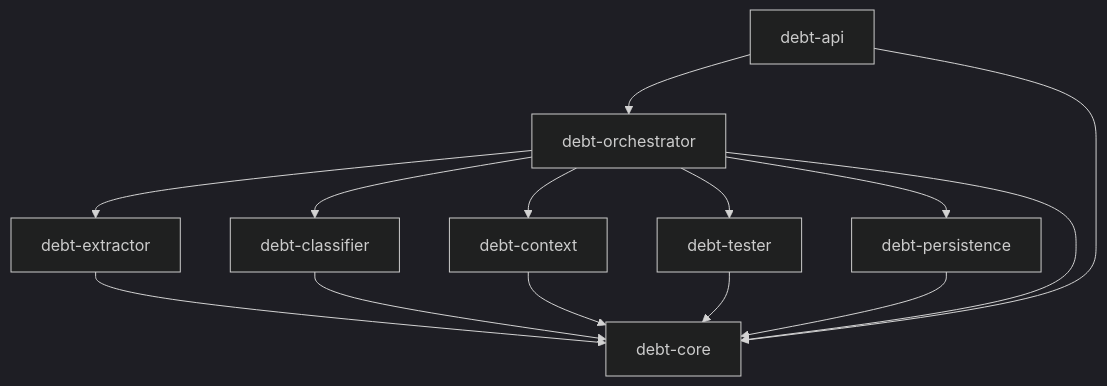
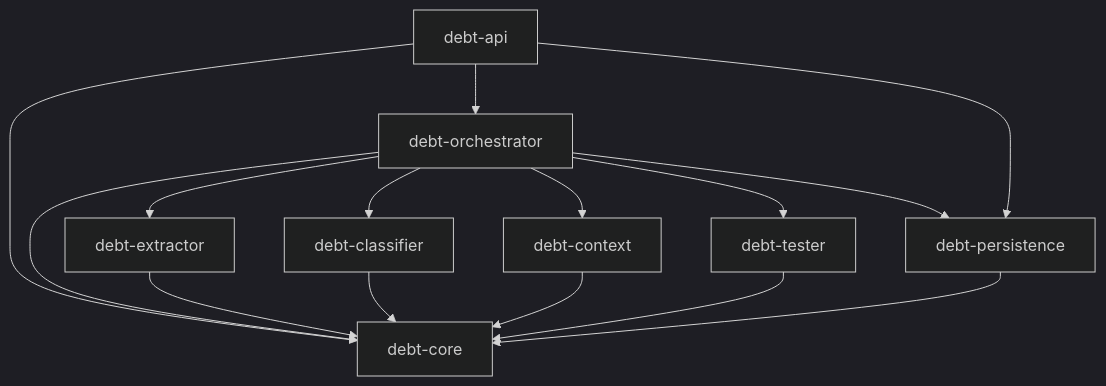
One commit to JonasFortes12/debt2test changed the diagram in README.md. Above: the diagram before and after it, drawn with Mermaid (dark theme). The commit also changed other lines of this file and 76 other files, not shown here.

````diff
--- a/README.md
+++ b/README.md
@@ -18,25 +18,26 @@
 ```mermaid
 graph TD
     CORE[debt-core]
     EXTRACTOR[debt-extractor]
     CLASSIFIER[debt-classifier]
     CONTEXT[debt-context]
     TESTER[debt-tester]
     PERSISTENCE[debt-persistence]
     ORCH[debt-orchestrator]
     API[debt-api]
 
     EXTRACTOR --> CORE
     CLASSIFIER --> CORE
     CONTEXT --> CORE
     TESTER --> CORE
     PERSISTENCE --> CORE
     ORCH --> CORE
     ORCH --> EXTRACTOR
     ORCH --> CLASSIFIER
     ORCH --> CONTEXT
     ORCH --> TESTER
     ORCH --> PERSISTENCE
     API --> CORE
     API --> ORCH
+    API --> PERSISTENCE
 ```
````
